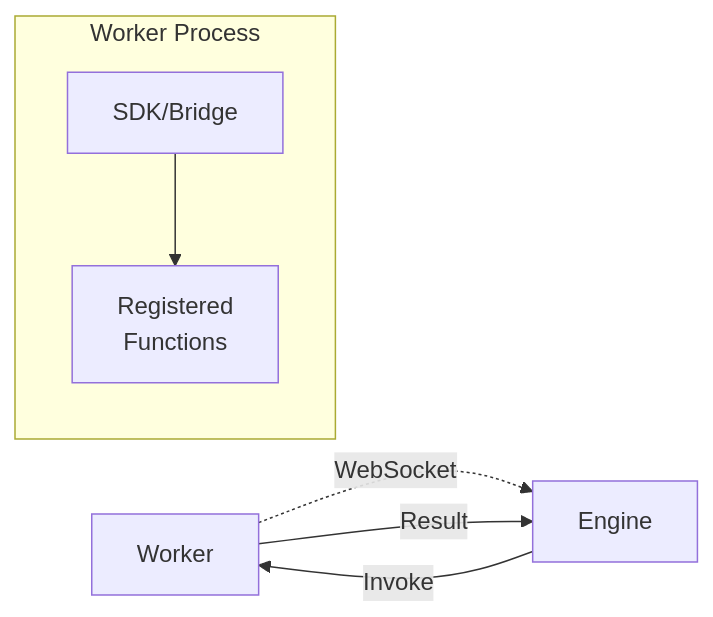
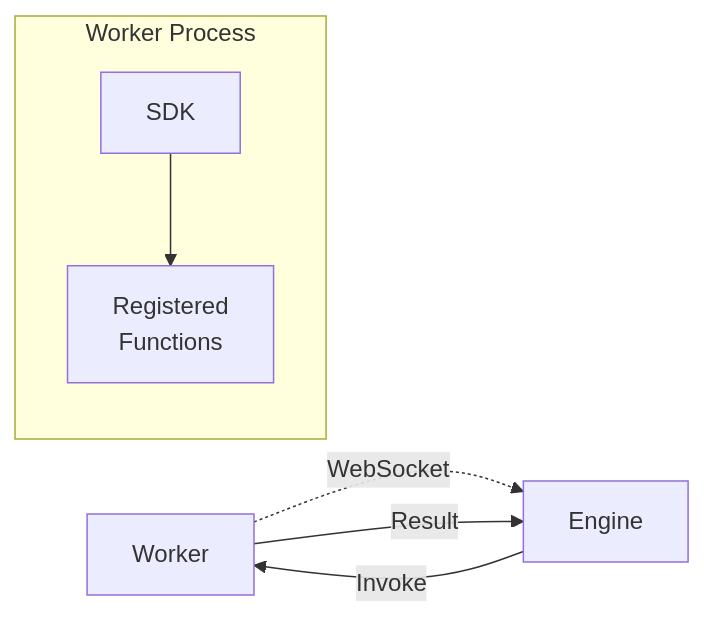
The first of 3 diagrams in content/workers.mdx (iii-hq/docs), drawn with Mermaid before and after one commit. The commit also changed other lines of this file and 14 other files, not shown here.

````diff
--- a/content/workers.mdx
+++ b/content/workers.mdx
@@ -22,12 +22,12 @@
 ```mermaid
 graph LR
     Worker[Worker] -.->|WebSocket| Engine[Engine]
     Engine -->|Invoke| Worker
     Worker -->|Result| Engine
 
     subgraph "Worker Process"
-        SDK[SDK/Bridge]
+        SDK[SDK]
         Functions[Registered<br/>Functions]
         SDK --> Functions
     end
 ```
````
